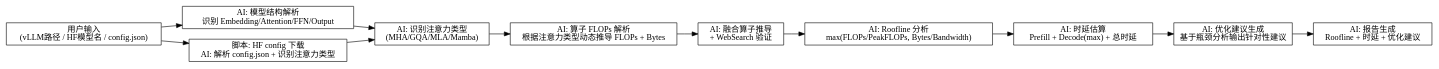
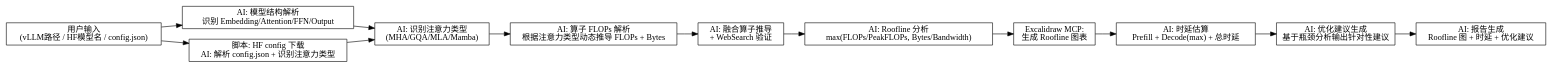
Before and after one commit to kevinoldching/agent-skills: the diagram in llm_latency_estimator/docs/superpowers/specs/2026-04-07-llm-roofline-analysis-design.md, drawn with Graphviz. The commit also changed other lines of this file, not shown here.

First line of the commit message:
docs: enhance roofline visualization with Excalidraw MCP

````diff
--- a/llm_latency_estimator/docs/superpowers/specs/2026-04-07-llm-roofline-analysis-design.md
+++ b/llm_latency_estimator/docs/superpowers/specs/2026-04-07-llm-roofline-analysis-design.md
@@ -455,28 +468,30 @@
 ```dot
 digraph dataflow {
     rankdir=LR;
     node [shape=box];
 
     input [label="用户输入\n(vLLM路径 / HF模型名 / config.json)"];
     model_parse [label="AI: 模型结构解析\n识别 Embedding/Attention/FFN/Output"];
     hf_fetch [label="脚本: HF config 下载\nAI: 解析 config.json + 识别注意力类型"];
     attention_type [label="AI: 识别注意力类型\n(MHA/GQA/MLA/Mamba)"];
     op_flops [label="AI: 算子 FLOPs 解析\n根据注意力类型动态推导 FLOPs + Bytes"];
     fused_ops [label="AI: 融合算子推导\n+ WebSearch 验证"];
     roofline [label="AI: Roofline 分析\nmax(FLOPs/PeakFLOPs, Bytes/Bandwidth)"];
+    visualize [label="Excalidraw MCP:\n生成 Roofline 图表"];
     latency [label="AI: 时延估算\nPrefill + Decode(max) + 总时延"];
     optimization [label="AI: 优化建议生成\n基于瓶颈分析输出针对性建议"];
-    report [label="AI: 报告生成\nRoofline + 时延 + 优化建议"];
+    report [label="AI: 报告生成\nRoofline 图 + 时延 + 优化建议"];
 
     input -> model_parse;
     input -> hf_fetch;
     model_parse -> attention_type;
     hf_fetch -> attention_type;
     attention_type -> op_flops;
     op_flops -> fused_ops;
     fused_ops -> roofline;
-    roofline -> latency;
+    roofline -> visualize;
+    visualize -> latency;
     latency -> optimization;
     optimization -> report;
 }
 ```
````
